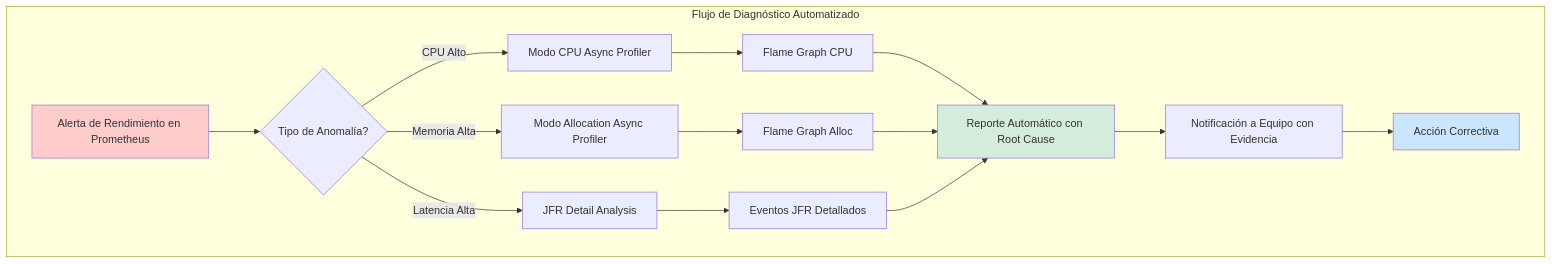
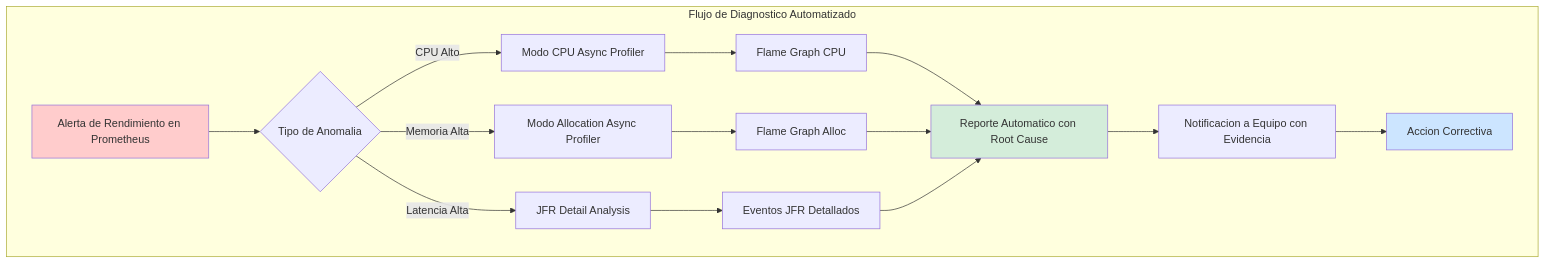
The third of 4 diagrams in 01_Java_Core/profiling_avanzado_en_java_con_jfr_y_async_profiler_STAFF.md (Joaquinriosheredia/DAM-Java-Mastery), drawn with Mermaid before and after one commit. The commit also changed other lines of this file, not shown here.

Commit message:
profiling_avanzado_en_java_con_jfr_y_async_profiler_STAFF.md

````diff
--- a/01_Java_Core/profiling_avanzado_en_java_con_jfr_y_async_profiler_STAFF.md
+++ b/01_Java_Core/profiling_avanzado_en_java_con_jfr_y_async_profiler_STAFF.md
@@ -351,25 +380,25 @@
 ```mermaid
 graph TD
-    subgraph "Flujo de Diagnóstico Automatizado"
-        ALERT[Alerta de Rendimiento en Prometheus] --> CHECK{Tipo de Anomalía?}
+    subgraph "Flujo de Diagnostico Automatizado"
+        ALERT[Alerta de Rendimiento en Prometheus] --> CHECK{Tipo de Anomalia}
         
         CHECK -->|CPU Alto| CPU_MODE[Modo CPU Async Profiler]
         CHECK -->|Memoria Alta| ALLOC_MODE[Modo Allocation Async Profiler]
         CHECK -->|Latencia Alta| JFR_DETAIL[JFR Detail Analysis]
         
         CPU_MODE --> FLAME_CPU[Flame Graph CPU]
         ALLOC_MODE --> FLAME_ALLOC[Flame Graph Alloc]
         JFR_DETAIL --> EVENTS[Eventos JFR Detallados]
         
-        FLAME_CPU --> REPORT[Reporte Automático con Root Cause]
+        FLAME_CPU --> REPORT[Reporte Automatico con Root Cause]
         FLAME_ALLOC --> REPORT
         EVENTS --> REPORT
         
-        REPORT --> NOTIFY[Notificación a Equipo con Evidencia]
-        NOTIFY --> FIX[Acción Correctiva]
+        REPORT --> NOTIFY[Notificacion a Equipo con Evidencia]
+        NOTIFY --> FIX[Accion Correctiva]
     end
     
     style ALERT fill:#ffcccc
     style REPORT fill:#d4edda
     style FIX fill:#cce5ff
 ```
````
